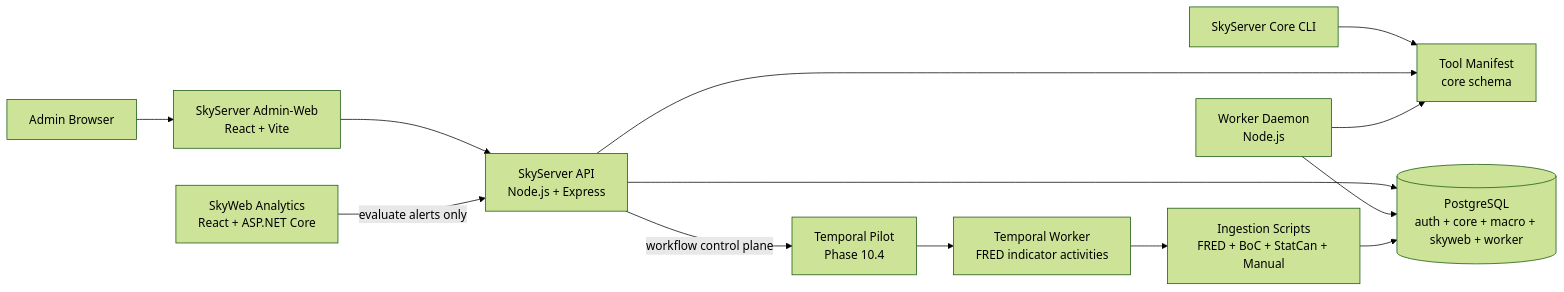
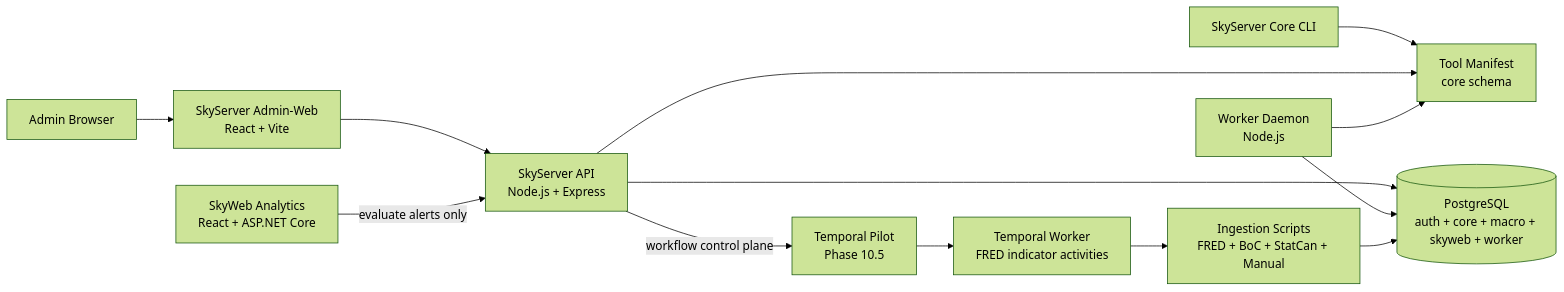
The diagram in README.md (PStar1980/SkyCommand), drawn with Mermaid (forest theme) before and after one commit. The commit also changed other lines of this file and 13 other files, not shown here.

````diff
--- a/README.md
+++ b/README.md
@@ -54,15 +54,15 @@
 ```mermaid
 flowchart LR
     Admin[Admin Browser] --> AdminWeb["SkyServer Admin-Web<br/>React + Vite"]
     AdminWeb --> Api["SkyServer API<br/>Node.js + Express"]
     Core[SkyServer Core CLI] --> Tools["Tool Manifest<br/>core schema"]
     Api --> Tools
     Api --> Db[("PostgreSQL<br/>auth + core + macro + skyweb + worker")]
     Worker["Worker Daemon<br/>Node.js"] --> Db
     Worker --> Tools
     Ingestion["Ingestion Scripts<br/>FRED + BoC + StatCan + Manual"] --> Db
     SkyWeb["SkyWeb Analytics<br/>React + ASP.NET Core"] -->|evaluate alerts only| Api
-    Api -->|workflow control plane| Temporal["Temporal Pilot<br/>Phase 10.4"]
+    Api -->|workflow control plane| Temporal["Temporal Pilot<br/>Phase 10.5"]
     Temporal --> TemporalWorker["Temporal Worker<br/>FRED indicator activities"]
     TemporalWorker --> Ingestion
 ```
````
